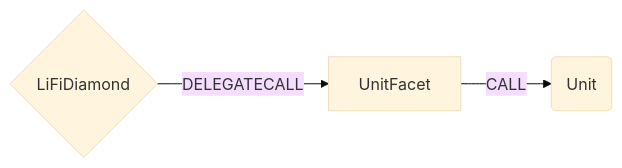
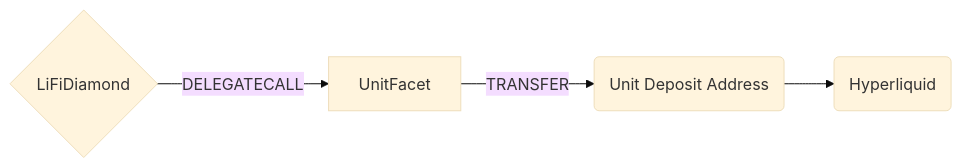
Before and after one commit to lifinance/contracts: the diagram in docs/UnitFacet.md, drawn with Mermaid (base theme). The commit also changed other lines of this file and 3 other files, not shown here.

````diff
--- a/docs/UnitFacet.md
+++ b/docs/UnitFacet.md
@@ -7,5 +11,6 @@
 ```mermaid
 graph LR;
     D{LiFiDiamond}-- DELEGATECALL -->UnitFacet;
-    UnitFacet -- CALL --> C(Unit)
+    UnitFacet -- TRANSFER --> U(Unit Deposit Address)
+    U --> H(Hyperliquid)
 ```
````
